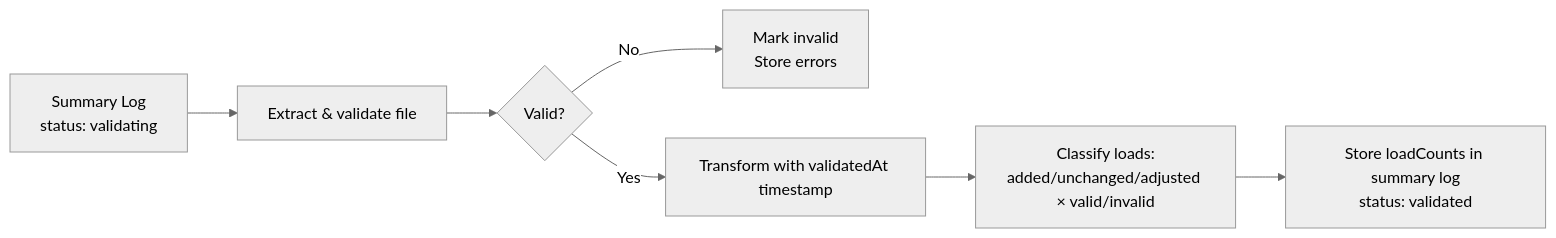
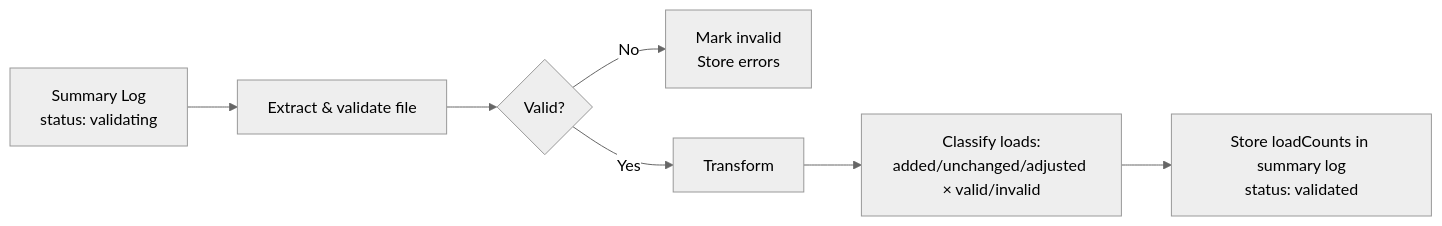
The sixth of 7 diagrams in docs/architecture/defined/summary-log-submission-lld.md (DEFRA/epr-backend), drawn with Mermaid (neutral theme) before and after one commit. The commit also changed other lines of this file and 5 other files, not shown here.

````diff
--- a/docs/architecture/defined/summary-log-submission-lld.md
+++ b/docs/architecture/defined/summary-log-submission-lld.md
@@ -353,9 +353,9 @@
 ```mermaid
 flowchart LR
     A[Summary Log<br/>status: validating] --> B[Extract & validate file]
     B --> C{Valid?}
     C -->|No| D[Mark invalid<br/>Store errors]
-    C -->|Yes| E[Transform with validatedAt timestamp]
+    C -->|Yes| E[Transform]
     E --> F[Classify loads:<br/>added/unchanged/adjusted × valid/invalid]
     F --> G[Store loadCounts in summary log<br/>status: validated]
 ```
````
